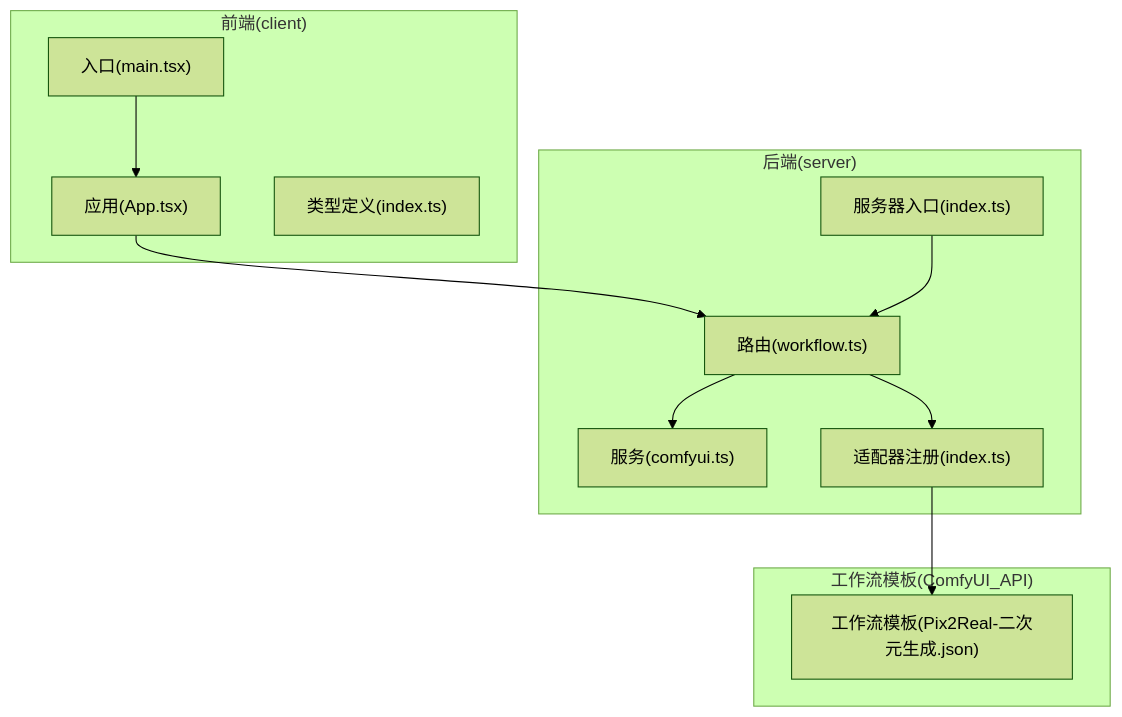
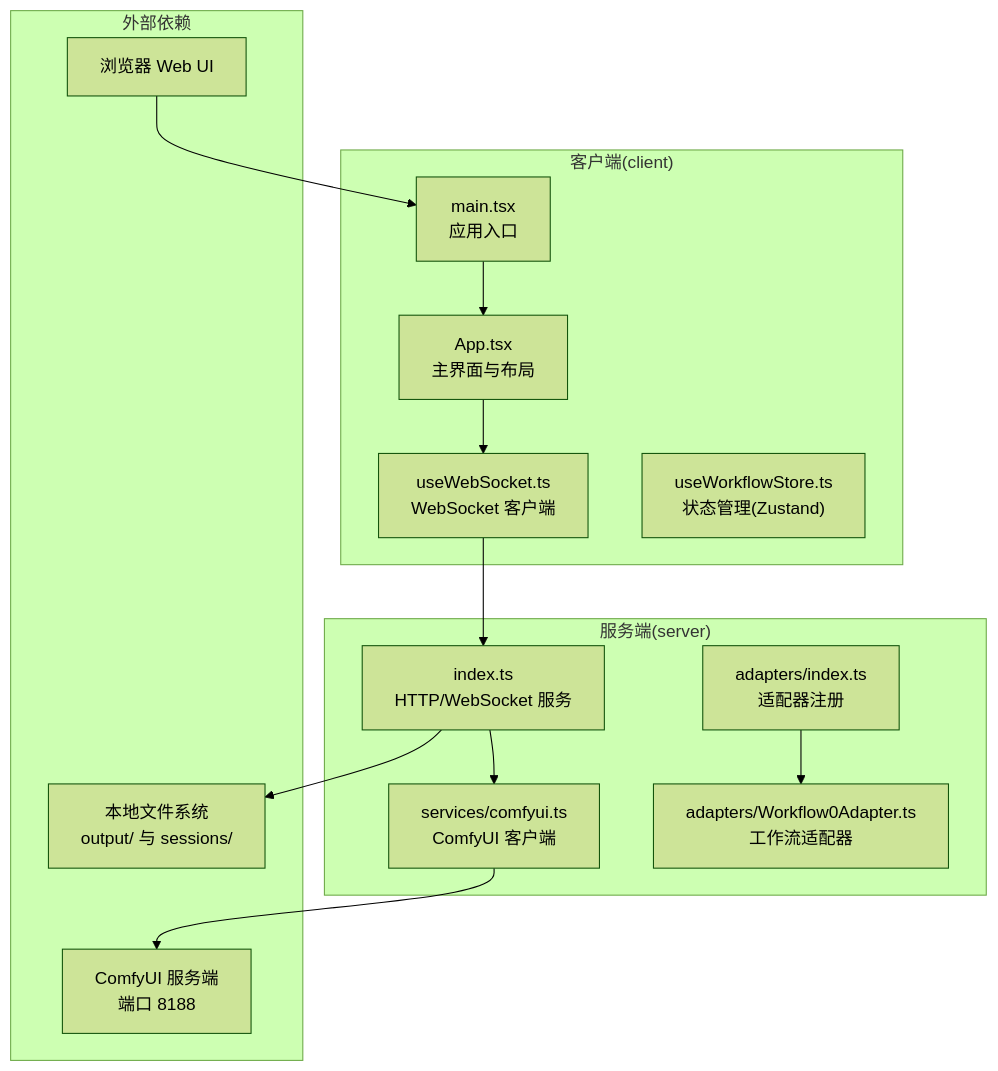
One commit to billye220670/CorineKit_Pix2Real changed the first of 7 diagrams in .qoder/repowiki/zh/content/项目概述/项目介绍.md. Above: the diagram before and after it, drawn with Mermaid (forest theme). The commit also changed other lines of this file and 315 other files, not shown here.

````diff
--- a/.qoder/repowiki/zh/content/项目概述/项目介绍.md
+++ b/.qoder/repowiki/zh/content/项目概述/项目介绍.md
@@ -52,23 +50,27 @@
 ```mermaid
 graph TB
-subgraph "前端(client)"
-A_main["入口(main.tsx)"]
-A_app["应用(App.tsx)"]
-A_types["类型定义(index.ts)"]
+subgraph "客户端(client)"
+C_main["main.tsx<br/>应用入口"]
+C_App["App.tsx<br/>主界面与布局"]
+C_WS["useWebSocket.ts<br/>WebSocket 客户端"]
+C_Store["useWorkflowStore.ts<br/>状态管理(Zustand)"]
 end
-subgraph "后端(server)"
-S_index["服务器入口(index.ts)"]
-S_routes["路由(workflow.ts)"]
-S_services["服务(comfyui.ts)"]
-S_adapters["适配器注册(index.ts)"]
+subgraph "服务端(server)"
+S_Index["index.ts<br/>HTTP/WebSocket 服务"]
+S_Comfy["services/comfyui.ts<br/>ComfyUI 客户端"]
+S_Adapters["adapters/index.ts<br/>适配器注册"]
+S_A0["adapters/Workflow0Adapter.ts<br/>工作流适配器"]
 end
-subgraph "工作流模板(ComfyUI_API)"
-T_json["工作流模板(Pix2Real-二次元生成.json)"]
+subgraph "外部依赖"
+W_UI["浏览器 Web UI"]
+CUI["ComfyUI 服务端<br/>端口 8188"]
+FS["本地文件系统<br/>output/ 与 sessions/"]
 end
-A_main --> A_app
-A_app --> S_routes
-S_index --> S_routes
-S_routes --> S_services
-S_routes --> S_adapters
-S_adapters --> T_json
+W_UI --> C_main --> C_App
+C_App --> C_WS
+C_WS --> S_Index
+S_Index --> S_Comfy
+S_Comfy --> CUI
+S_Index --> FS
+S_Adapters --> S_A0
 ```
````
